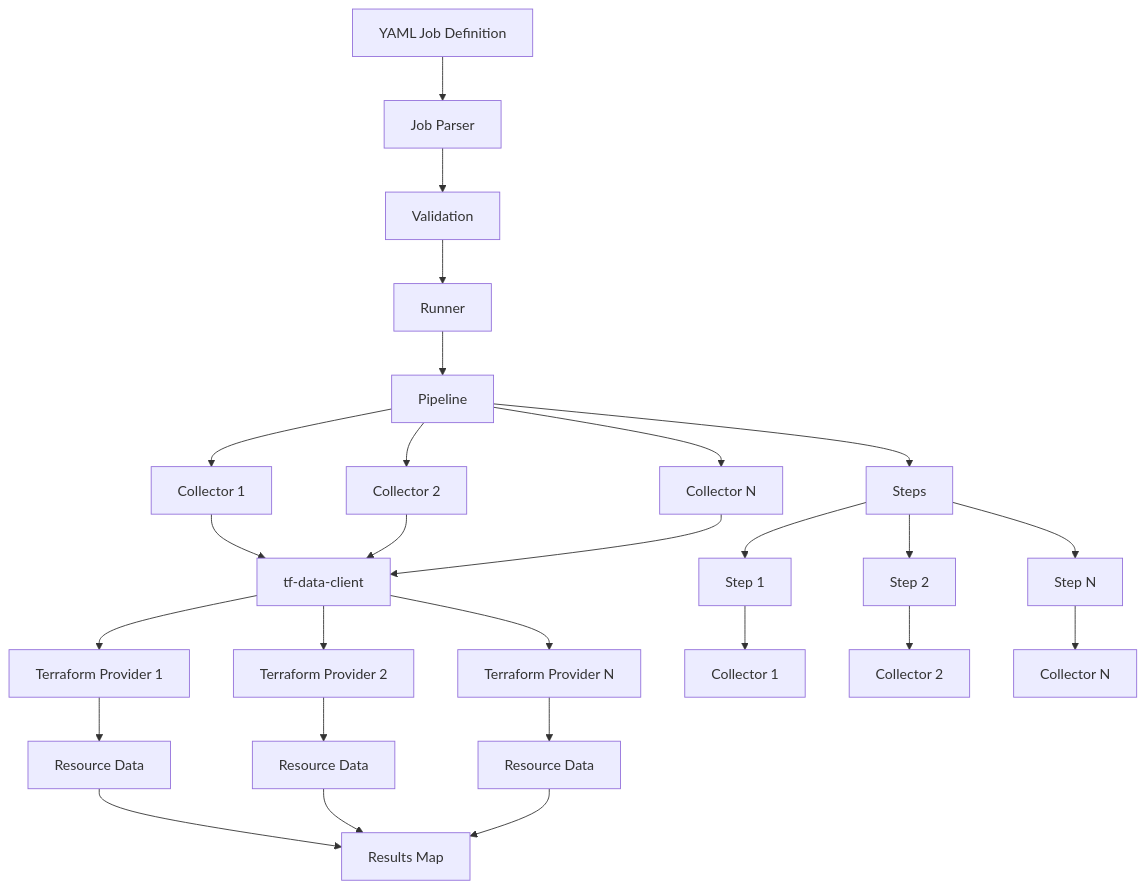
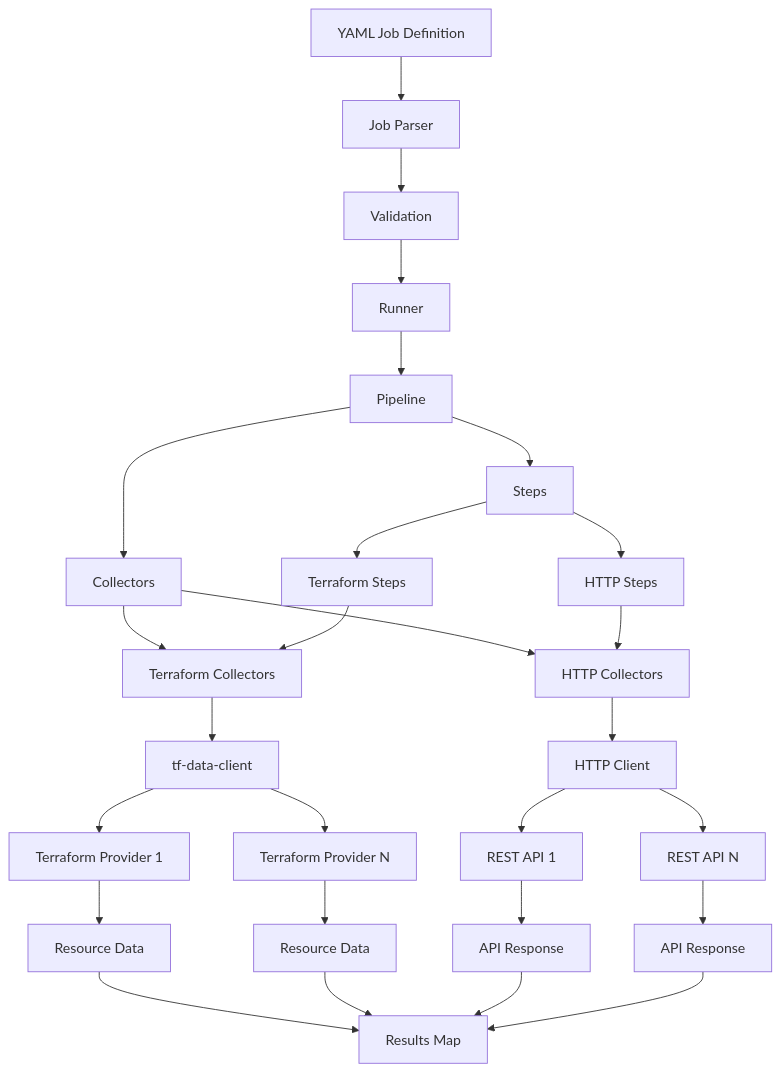
One commit to infracollect/infracollect changed the diagram in docs/ARCHITECTURE.md. Above: the diagram before and after it, drawn with Mermaid. The commit also changed other lines of this file and 10 other files, not shown here.

Commit message:
HTTP collector

````diff
--- a/docs/ARCHITECTURE.md
+++ b/docs/ARCHITECTURE.md
@@ -9,35 +11,36 @@
 ```mermaid
 flowchart TD
     YAML[YAML Job Definition] --> Parser[Job Parser]
     Parser --> Validate[Validation]
     Validate --> Runner[Runner]
     Runner --> Pipeline[Pipeline]
-    Pipeline --> C1[Collector 1]
-    Pipeline --> C2[Collector 2]
-    Pipeline --> CN[Collector N]
 
-    C1 --> TFClient[tf-data-client]
-    C2 --> TFClient
-    CN --> TFClient
+    Pipeline --> Collectors[Collectors]
+    Collectors --> TFC[Terraform Collectors]
+    Collectors --> HC[HTTP Collectors]
 
+    TFC --> TFClient[tf-data-client]
     TFClient --> Provider1[Terraform Provider 1]
-    TFClient --> Provider2[Terraform Provider 2]
     TFClient --> ProviderN[Terraform Provider N]
 
+    HC --> HTTPClient[HTTP Client]
+    HTTPClient --> API1[REST API 1]
+    HTTPClient --> APIN[REST API N]
+
     Provider1 --> Results1[Resource Data]
-    Provider2 --> Results2[Resource Data]
-    ProviderN --> ResultsN[Resource Data]
+    ProviderN --> Results2[Resource Data]
+    API1 --> Results3[API Response]
+    APIN --> Results4[API Response]
 
     Pipeline --> Steps[Steps]
-    Steps --> Step1[Step 1]
-    Steps --> Step2[Step 2]
-    Steps --> StepN[Step N]
+    Steps --> TFStep[Terraform Steps]
+    Steps --> HTTPStep[HTTP Steps]
 
-    Step1 --> Collector1[Collector 1]
-    Step2 --> Collector2[Collector 2]
-    StepN --> CollectorN[Collector N]
+    TFStep --> TFC
+    HTTPStep --> HC
 
     Results1 --> Final[Results Map]
     Results2 --> Final
-    ResultsN --> Final
+    Results3 --> Final
+    Results4 --> Final
 ```
````
